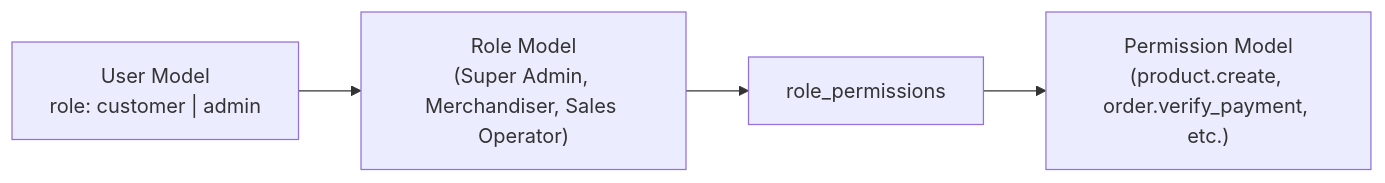
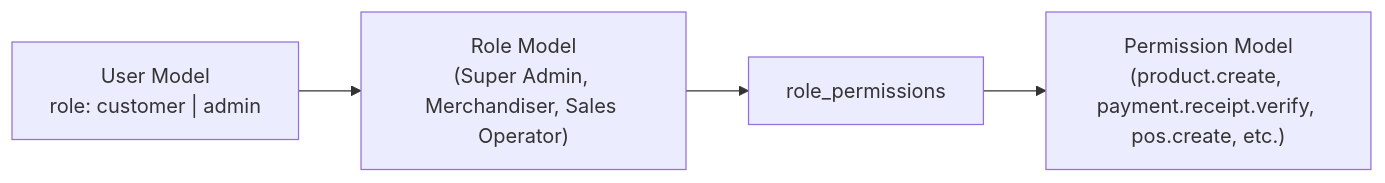
The second of 3 diagrams in docs/CUSTOMERS_AND_ADMINISTRATION.md (labib-0/AYC), drawn with Mermaid before and after one commit. The commit also changed other lines of this file and 15 other files, not shown here.

First line of the commit message:
fix(catalog): reconcile featured products ordering contract with admin sequence

````diff
--- a/docs/CUSTOMERS_AND_ADMINISTRATION.md
+++ b/docs/CUSTOMERS_AND_ADMINISTRATION.md
@@ -56,6 +56,6 @@
 ```mermaid
 graph LR
     User["User Model<br/>role: customer | admin"] --> Role["Role Model<br/>(Super Admin, Merchandiser, Sales Operator)"]
     Role --> PermissionAssignment["role_permissions"]
-    PermissionAssignment --> Permission["Permission Model<br/>(product.create, order.verify_payment, etc.)"]
+    PermissionAssignment --> Permission["Permission Model<br/>(product.create, payment.receipt.verify, pos.create, etc.)"]
 ```
````
